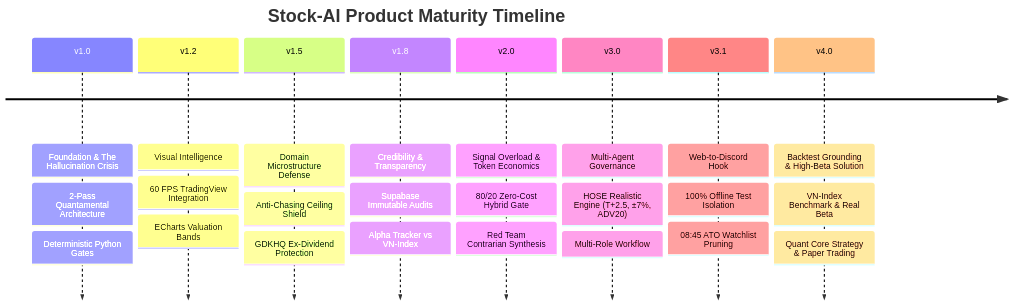
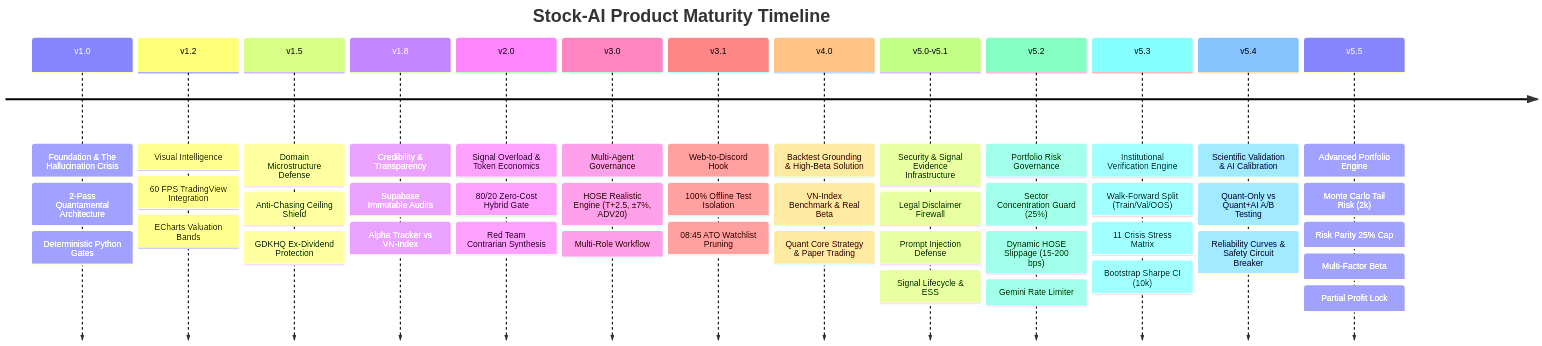
One commit to VinhTung1410/Stock-AI changed the first of 2 diagrams in docs/PRODUCT_CASE_STUDY.md. Above: the diagram before and after it, drawn with Mermaid. The commit also changed other lines of this file and 5 other files, not shown here.

````diff
--- a/docs/PRODUCT_CASE_STUDY.md
+++ b/docs/PRODUCT_CASE_STUDY.md
@@ -40,12 +40,17 @@
 ```mermaid
 timeline
     title Stock-AI Product Maturity Timeline
     v1.0 : Foundation & The Hallucination Crisis : 2-Pass Quantamental Architecture : Deterministic Python Gates
     v1.2 : Visual Intelligence : 60 FPS TradingView Integration : ECharts Valuation Bands
     v1.5 : Domain Microstructure Defense : Anti-Chasing Ceiling Shield : GDKHQ Ex-Dividend Protection
     v1.8 : Credibility & Transparency : Supabase Immutable Audits : Alpha Tracker vs VN-Index
     v2.0 : Signal Overload & Token Economics : 80/20 Zero-Cost Hybrid Gate : Red Team Contrarian Synthesis
     v3.0 : Multi-Agent Governance : HOSE Realistic Engine (T+2.5, ±7%, ADV20) : Multi-Role Workflow
     v3.1 : Web-to-Discord Hook : 100% Offline Test Isolation : 08:45 ATO Watchlist Pruning
     v4.0 : Backtest Grounding & High-Beta Solution : VN-Index Benchmark & Real Beta : Quant Core Strategy & Paper Trading
+    v5.0-v5.1 : Security & Signal Evidence Infrastructure : Legal Disclaimer Firewall : Prompt Injection Defense : Signal Lifecycle & ESS
+    v5.2 : Portfolio Risk Governance : Sector Concentration Guard (25%) : Dynamic HOSE Slippage (15-200 bps) : Gemini Rate Limiter
+    v5.3 : Institutional Verification Engine : Walk-Forward Split (Train/Val/OOS) : 11 Crisis Stress Matrix : Bootstrap Sharpe CI (10k)
+    v5.4 : Scientific Validation & AI Calibration : Quant-Only vs Quant+AI A/B Testing : Reliability Curves & Safety Circuit Breaker
+    v5.5 : Advanced Portfolio Engine : Monte Carlo Tail Risk (2k) : Risk Parity 25% Cap : Multi-Factor Beta : Partial Profit Lock
 ```
````
